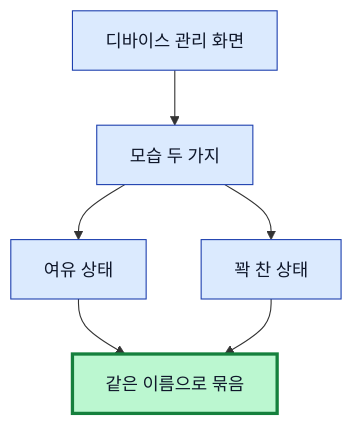
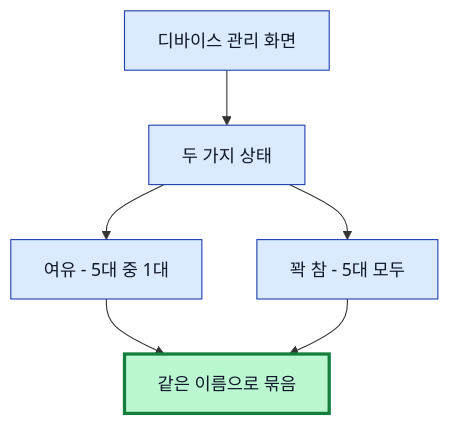
The third of 8 diagrams in content/diary/c/1.md (linisia/eric-company), drawn with Mermaid before and after one commit. The commit also changed other lines of this file and 1 other file, not shown here.

First line of the commit message:
fix(mermaid): unset global text fill override + diary(c)/1 본문 재구성

````diff
--- a/content/diary/c/1.md
+++ b/content/diary/c/1.md
@@ -64,13 +108,13 @@
 ```mermaid
 flowchart TD
-    A[디바이스 관리 화면] --> B[모습 두 가지]
-    B --> C[여유 상태]
-    B --> D[꽉 찬 상태]
+    A[디바이스 관리 화면] --> B[두 가지 상태]
+    B --> C[여유 - 5대 중 1대]
+    B --> D[꽉 참 - 5대 모두]
     C --> E[같은 이름으로 묶음]
     D --> E
     style A fill:#dbeafe,stroke:#1e40af,color:#0f172a
     style B fill:#dbeafe,stroke:#1e40af,color:#0f172a
     style C fill:#dbeafe,stroke:#1e40af,color:#0f172a
     style D fill:#dbeafe,stroke:#1e40af,color:#0f172a
     style E fill:#bbf7d0,stroke:#15803d,stroke-width:3px,color:#0f172a
 ```
````
